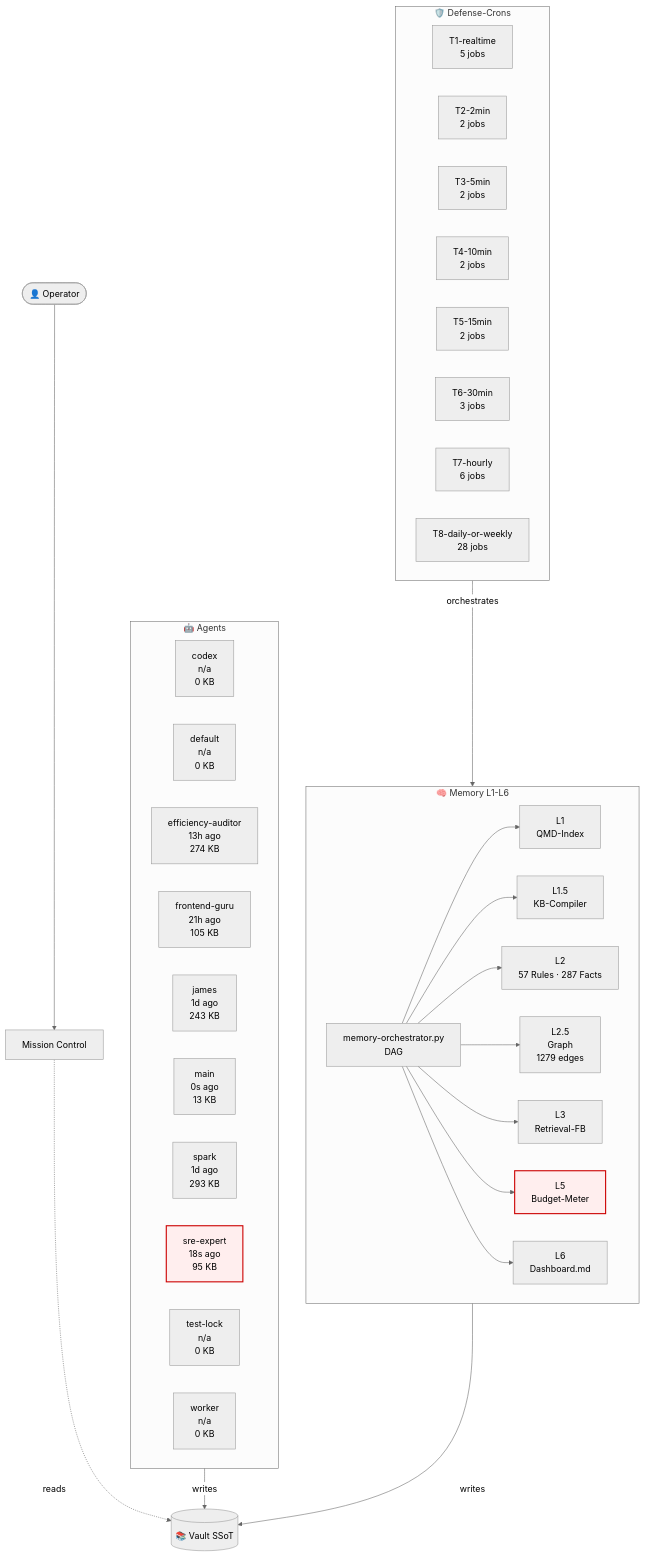
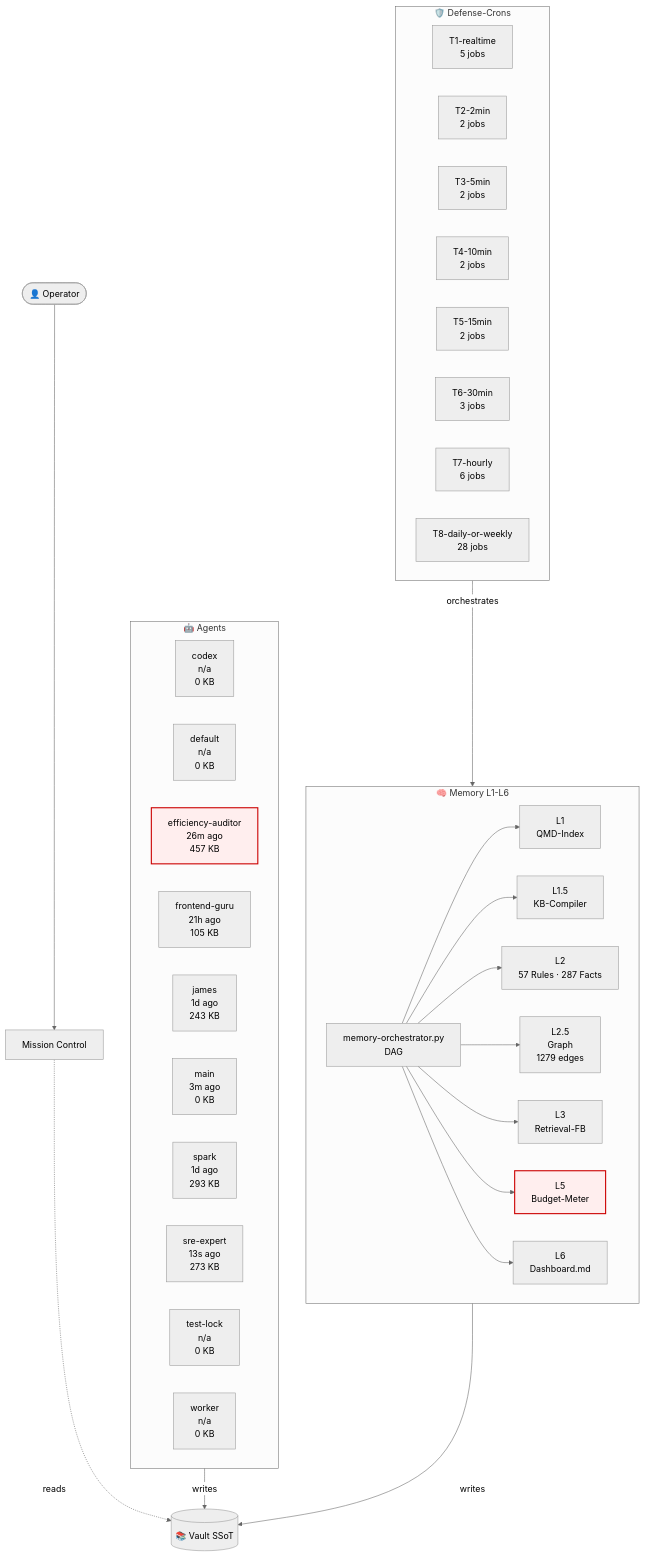
One commit to lenardhuebner88-rgb/openclaw-memory changed the diagram in 03-Agents/architecture-live.md. Above: the diagram before and after it, drawn with Mermaid (neutral theme). The commit also changed other lines of this file and 5 other files, not shown here.

````diff
--- a/03-Agents/architecture-live.md
+++ b/03-Agents/architecture-live.md
@@ -18,53 +18,53 @@
 ```mermaid
 flowchart TB
     classDef critical fill:#fee,stroke:#c00,stroke-width:2px;
     subgraph AGT["🤖 Agents"]
         agent_codex["codex<br/>n/a<br/>0 KB"]
         agent_default["default<br/>n/a<br/>0 KB"]
-        agent_efficiency_auditor["efficiency-auditor<br/>13h ago<br/>274 KB"]
+        agent_efficiency_auditor["efficiency-auditor<br/>26m ago<br/>457 KB"]
         agent_frontend_guru["frontend-guru<br/>21h ago<br/>105 KB"]
         agent_james["james<br/>1d ago<br/>243 KB"]
-        agent_main["main<br/>0s ago<br/>13 KB"]
+        agent_main["main<br/>3m ago<br/>0 KB"]
         agent_spark["spark<br/>1d ago<br/>293 KB"]
-        agent_sre_expert["sre-expert<br/>18s ago<br/>95 KB"]
+        agent_sre_expert["sre-expert<br/>13s ago<br/>273 KB"]
         agent_test_lock["test-lock<br/>n/a<br/>0 KB"]
         agent_worker["worker<br/>n/a<br/>0 KB"]
     end
     subgraph MEM["🧠 Memory L1-L6"]
         L1["L1<br/>QMD-Index"]
         L15["L1.5<br/>KB-Compiler"]
         L2["L2<br/>57 Rules · 287 Facts"]
         L25["L2.5<br/>Graph<br/>1279 edges"]
         L3["L3<br/>Retrieval-FB"]
         L5["L5<br/>Budget-Meter"]
         L6["L6<br/>Dashboard.md"]
         ORCH["memory-orchestrator.py<br/>DAG"]
     end
     subgraph CRN["🛡️ Defense-Crons"]
         tier_T1_realtime["T1-realtime<br/>5 jobs"]
         tier_T2_2min["T2-2min<br/>2 jobs"]
         tier_T3_5min["T3-5min<br/>2 jobs"]
         tier_T4_10min["T4-10min<br/>2 jobs"]
         tier_T5_15min["T5-15min<br/>2 jobs"]
         tier_T6_30min["T6-30min<br/>3 jobs"]
         tier_T7_hourly["T7-hourly<br/>6 jobs"]
         tier_T8_daily_or_weekly["T8-daily-or-weekly<br/>28 jobs"]
     end
     VAULT[("📚 Vault SSoT")]
     OP([👤 Operator])
     MC["Mission Control"]
     OP --> MC
     MC -.reads.-> VAULT
     AGT -->|writes| VAULT
     MEM -->|writes| VAULT
     ORCH --> L1
     ORCH --> L15
     ORCH --> L2
     ORCH --> L25
     ORCH --> L3
     ORCH --> L5
     ORCH --> L6
     CRN -->|orchestrates| MEM
     class L5 critical
-    class agent_sre_expert critical
+    class agent_efficiency_auditor critical
 ```
````
